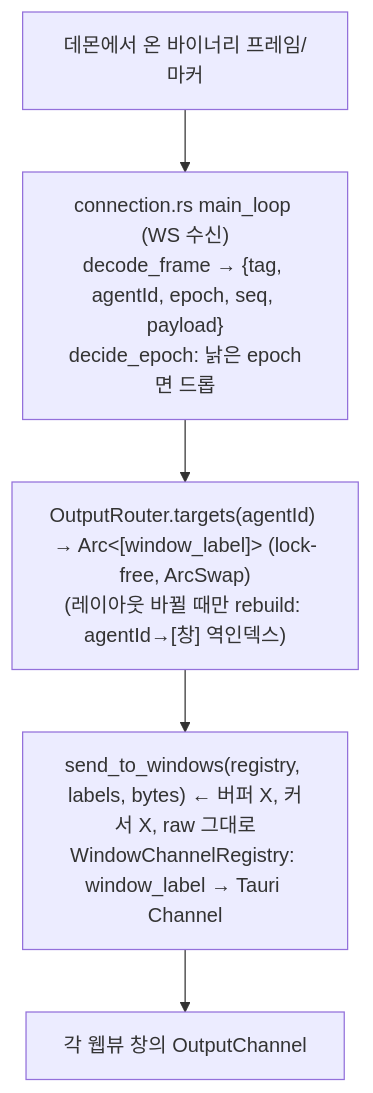
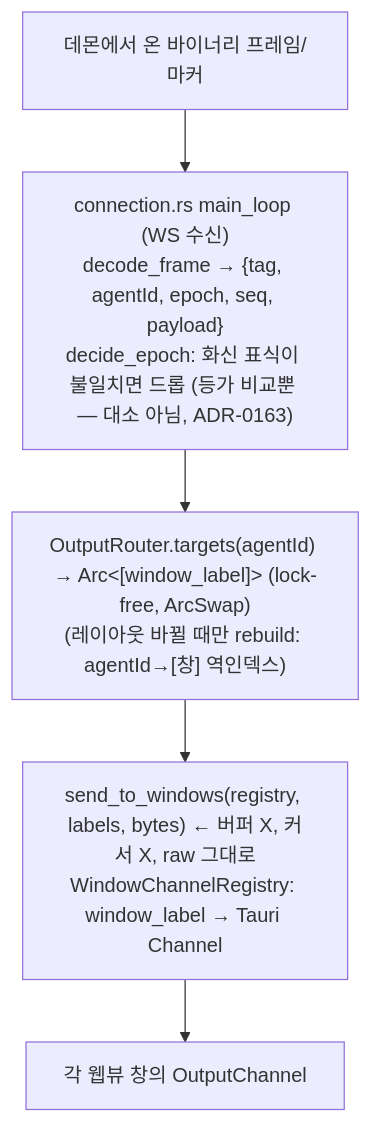
One commit to kimsunzun/engram-dashboard changed diagram 13 of 20 in docs/reference/architecture-overview.md. Above: the diagram before and after it, drawn with Mermaid. The commit also changed other lines of this file and 2 other files, not shown here.

````diff
--- a/docs/reference/architecture-overview.md
+++ b/docs/reference/architecture-overview.md
@@ -484,10 +552,10 @@
 ```mermaid
 flowchart TD
   IN["데몬에서 온 바이너리 프레임/마커"]
-  ML["connection.rs main_loop (WS 수신)<br/>decode_frame → {tag, agentId, epoch, seq, payload}<br/>decide_epoch: 낡은 epoch면 드롭"]
+  ML["connection.rs main_loop (WS 수신)<br/>decode_frame → {tag, agentId, epoch, seq, payload}<br/>decide_epoch: 화신 표식이 불일치면 드롭 (등가 비교뿐 — 대소 아님, ADR-0163)"]
   RT["OutputRouter.targets(agentId) → Arc&lt;[window_label]&gt; (lock-free, ArcSwap)<br/>(레이아웃 바뀔 때만 rebuild: agentId→[창] 역인덱스)"]
   STW["send_to_windows(registry, labels, bytes) ← 버퍼 X, 커서 X, raw 그대로<br/>WindowChannelRegistry: window_label → Tauri Channel"]
   OUT["각 웹뷰 창의 OutputChannel"]
 
   IN --> ML --> RT --> STW --> OUT
 ```
````
